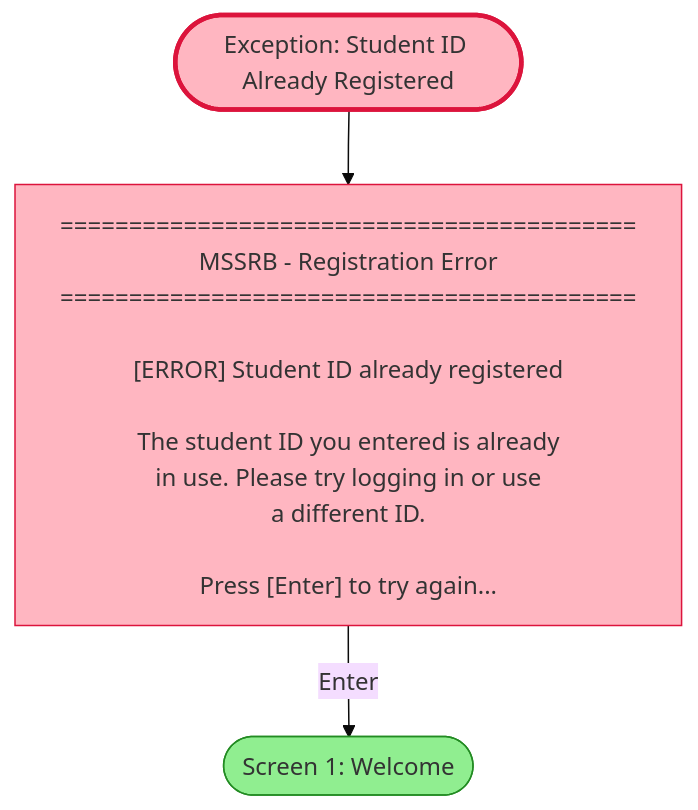
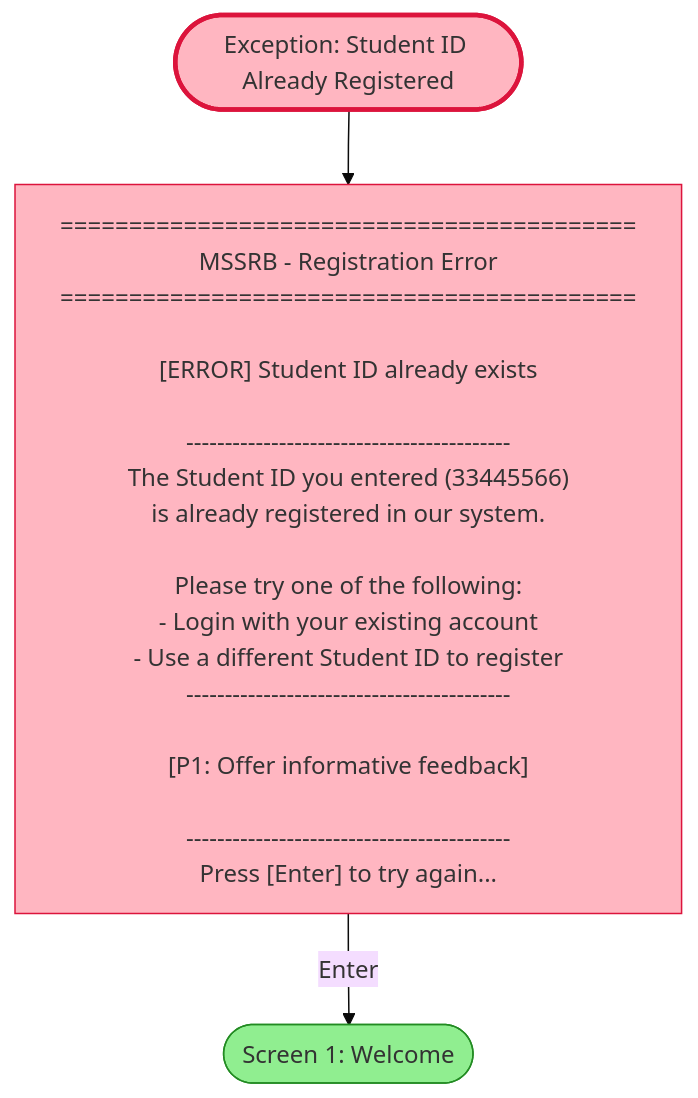
The diagram in mermaid/member_a/exception_duplicate_id.mmd (alii0110-monash/fit5136-study-room-booking), drawn with Mermaid (base theme) before and after one commit. The commit also changed 14 other files, not shown here.

First line of the commit message:
Enrich all Mermaid screens with complete UI content

```diff
--- a/mermaid/member_a/exception_duplicate_id.mmd
+++ b/mermaid/member_a/exception_duplicate_id.mmd
@@ -1,25 +1,33 @@
 flowchart TB
     ERROR_ID(["Exception: Student ID Already Registered"])
 
     E1["
 ==========================================
 MSSRB - Registration Error
 ==========================================
 
-[ERROR] Student ID already registered
+[ERROR] Student ID already exists
 
-The student ID you entered is already
-in use. Please try logging in or use
-a different ID.
+------------------------------------------
+The Student ID you entered (33445566)
+is already registered in our system.
 
+Please try one of the following:
+- Login with your existing account
+- Use a different Student ID to register
+------------------------------------------
+
+[P1: Offer informative feedback]
+
+------------------------------------------
 Press [Enter] to try again...
     "]
 
     WELCOME(["Screen 1: Welcome"])
 
     ERROR_ID --> E1
     E1 -->|"Enter"| WELCOME
 
     style ERROR_ID fill:#FFB6C1,stroke:#DC143C,stroke-width:3px
     style E1 fill:#FFB6C1,stroke:#DC143C
     style WELCOME fill:#90EE90,stroke:#228B22
```
